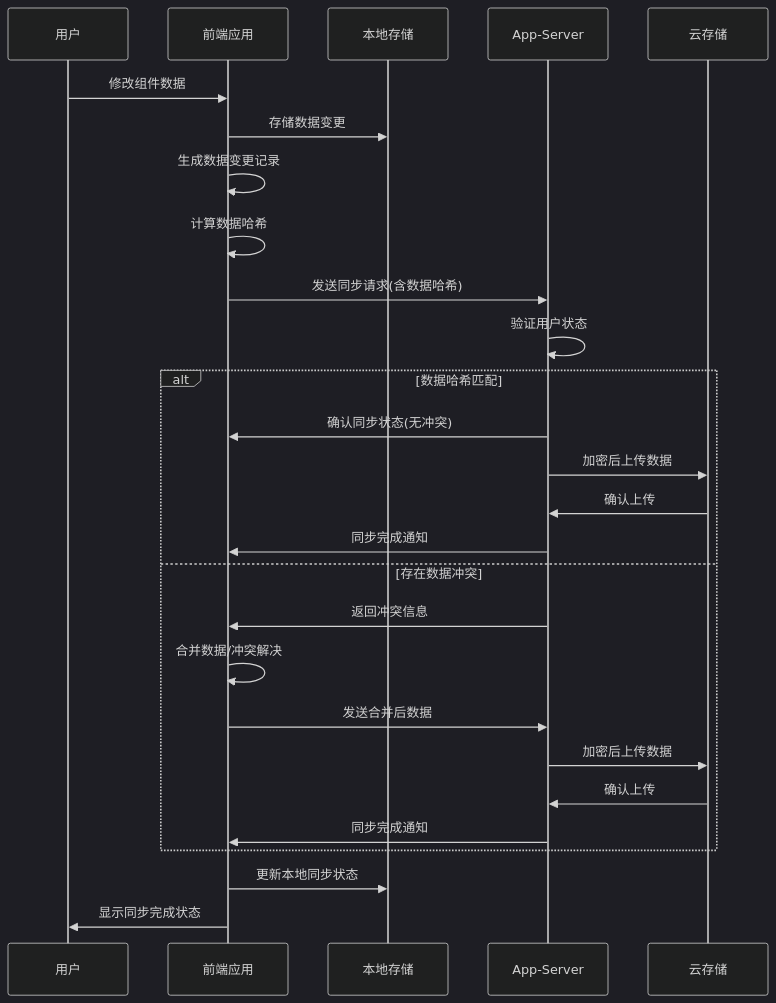
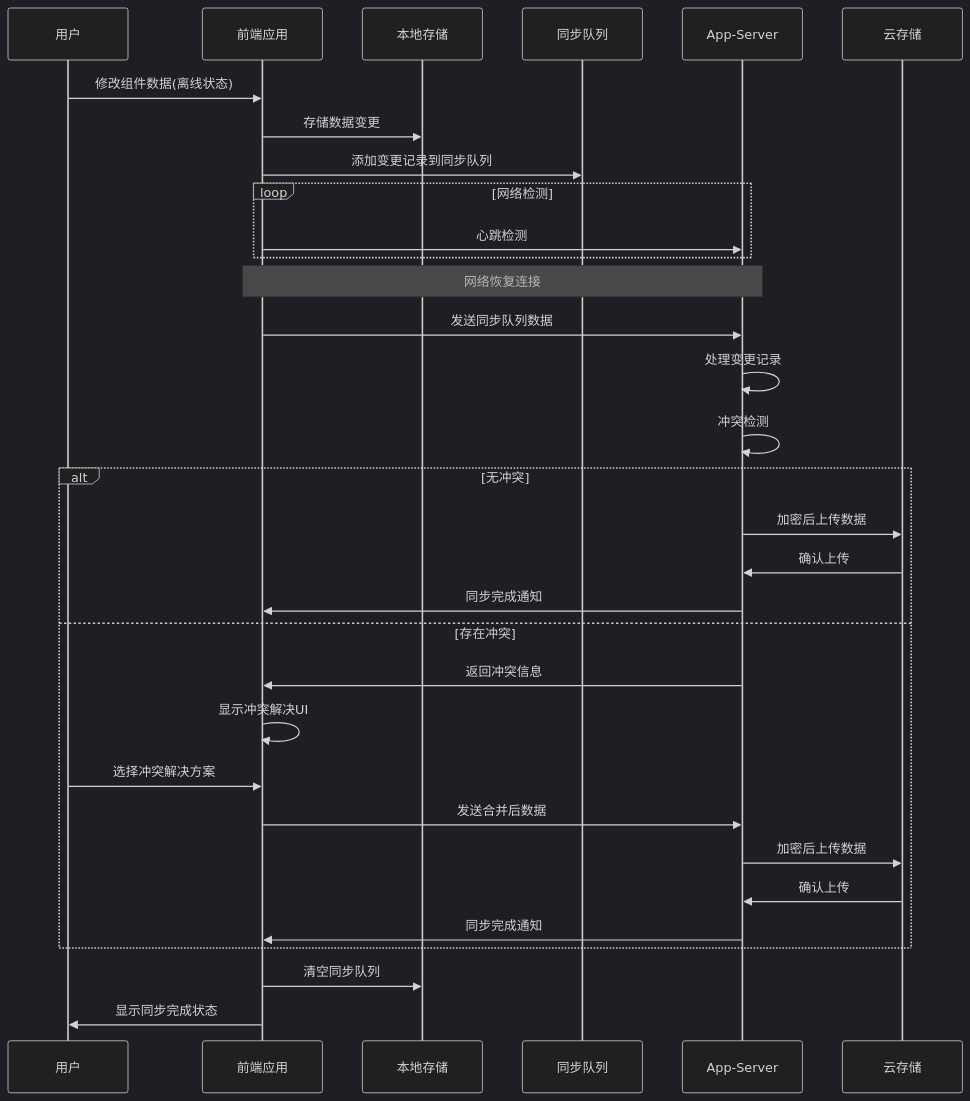
One commit to yingjianzh/iodraw-files changed the diagram in all/未命名-34.md. Above: the diagram before and after it, drawn with Mermaid (dark theme).

Commit message:
2025-04-17 10:18:01 update

````diff
--- a/all/未命名-34.md
+++ b/all/未命名-34.md
@@ -1,32 +1,40 @@
 ```mermaid
 sequenceDiagram
     participant User as 用户
     participant Frontend as 前端应用
     participant LocalDB as 本地存储
+    participant SyncQueue as 同步队列
     participant AppServer as App-Server
     participant CloudStorage as 云存储
     
-    User->>Frontend: 修改组件数据
+    User->>Frontend: 修改组件数据(离线状态)
     Frontend->>LocalDB: 存储数据变更
-    Frontend->>Frontend: 生成数据变更记录
-    Frontend->>Frontend: 计算数据哈希
-    Frontend->>AppServer: 发送同步请求(含数据哈希)
-    AppServer->>AppServer: 验证用户状态
+    Frontend->>SyncQueue: 添加变更记录到同步队列
     
-    alt 数据哈希匹配
-        AppServer->>Frontend: 确认同步状态(无冲突)
+    loop 网络检测
+        Frontend->>AppServer: 心跳检测
+    end
+    
+    note over Frontend,AppServer: 网络恢复连接
+    
+    Frontend->>AppServer: 发送同步队列数据
+    AppServer->>AppServer: 处理变更记录
+    AppServer->>AppServer: 冲突检测
+    
+    alt 无冲突
         AppServer->>CloudStorage: 加密后上传数据
         CloudStorage->>AppServer: 确认上传
         AppServer->>Frontend: 同步完成通知
-    else 存在数据冲突
+    else 存在冲突
         AppServer->>Frontend: 返回冲突信息
-        Frontend->>Frontend: 合并数据/冲突解决
+        Frontend->>Frontend: 显示冲突解决UI
+        User->>Frontend: 选择冲突解决方案
         Frontend->>AppServer: 发送合并后数据
         AppServer->>CloudStorage: 加密后上传数据
         CloudStorage->>AppServer: 确认上传
         AppServer->>Frontend: 同步完成通知
     end
     
-    Frontend->>LocalDB: 更新本地同步状态
+    Frontend->>LocalDB: 清空同步队列
     Frontend->>User: 显示同步完成状态
 ```
````
